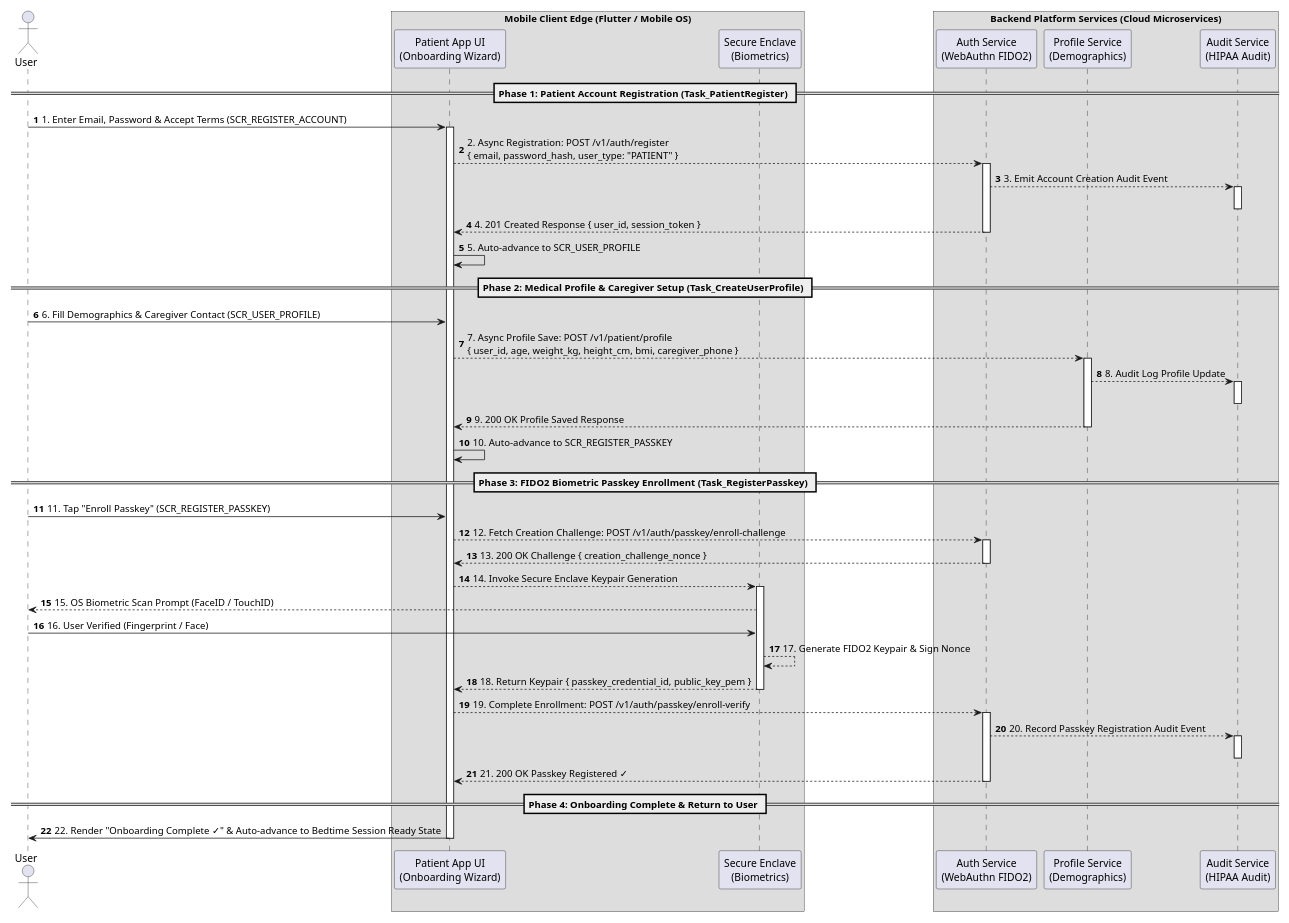
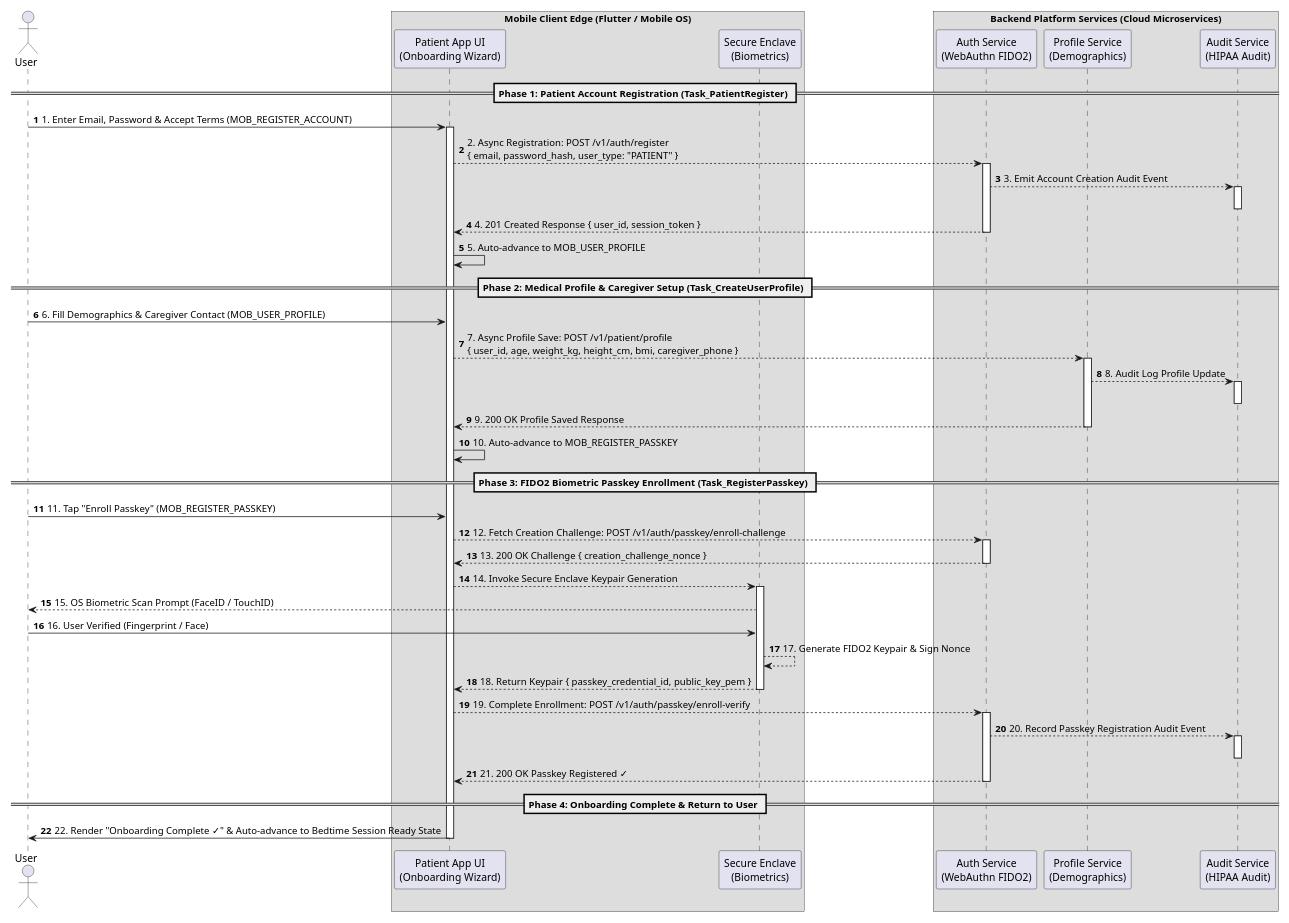
The sixth of 10 diagrams in _bmad-output/architecture/ARCHITECTURE-SPINE.md (reidlai/masker-app), drawn with PlantUML before and after one commit. The commit also changed other lines of this file and 1 other file, not shown here.

Commit message:
docs(architecture): add complete sequence diagrams, C4 component traceability, and mathematical algorithm specs

````diff
--- a/_bmad-output/architecture/ARCHITECTURE-SPINE.md
+++ b/_bmad-output/architecture/ARCHITECTURE-SPINE.md
@@ -427,67 +656,67 @@
 ```plantuml
 @startuml Patient_Onboarding_Journey_Sequence_Diagram
 autonumber
 scale 0.7
 
 actor "User" as User
 box "Mobile Client Edge (Flutter / Mobile OS)"
 participant "Patient App UI\n(Onboarding Wizard)" as UI
 participant "Secure Enclave\n(Biometrics)" as Enclave
 end box
 
 box "Backend Platform Services (Cloud Microservices)"
 participant "Auth Service\n(WebAuthn FIDO2)" as AuthSvc
 participant "Profile Service\n(Demographics)" as ProfileSvc
 participant "Audit Service\n(HIPAA Audit)" as AuditSvc
 end box
 
 == Phase 1: Patient Account Registration (Task_PatientRegister) ==
-User -> UI: 1. Enter Email, Password & Accept Terms (SCR_REGISTER_ACCOUNT)
+User -> UI: 1. Enter Email, Password & Accept Terms (MOB_REGISTER_ACCOUNT)
 activate UI
 UI --> AuthSvc: 2. Async Registration: POST /v1/auth/register\n{ email, password_hash, user_type: "PATIENT" }
 activate AuthSvc
 AuthSvc --> AuditSvc: 3. Emit Account Creation Audit Event
 activate AuditSvc
 deactivate AuditSvc
 AuthSvc --> UI: 4. 201 Created Response { user_id, session_token }
 deactivate AuthSvc
-UI -> UI: 5. Auto-advance to SCR_USER_PROFILE
+UI -> UI: 5. Auto-advance to MOB_USER_PROFILE
 
 == Phase 2: Medical Profile & Caregiver Setup (Task_CreateUserProfile) ==
-User -> UI: 6. Fill Demographics & Caregiver Contact (SCR_USER_PROFILE)
+User -> UI: 6. Fill Demographics & Caregiver Contact (MOB_USER_PROFILE)
 UI --> ProfileSvc: 7. Async Profile Save: POST /v1/patient/profile\n{ user_id, age, weight_kg, height_cm, bmi, caregiver_phone }
 activate ProfileSvc
 ProfileSvc --> AuditSvc: 8. Audit Log Profile Update
 activate AuditSvc
 deactivate AuditSvc
 ProfileSvc --> UI: 9. 200 OK Profile Saved Response
 deactivate ProfileSvc
-UI -> UI: 10. Auto-advance to SCR_REGISTER_PASSKEY
+UI -> UI: 10. Auto-advance to MOB_REGISTER_PASSKEY
 
 == Phase 3: FIDO2 Biometric Passkey Enrollment (Task_RegisterPasskey) ==
-User -> UI: 11. Tap "Enroll Passkey" (SCR_REGISTER_PASSKEY)
+User -> UI: 11. Tap "Enroll Passkey" (MOB_REGISTER_PASSKEY)
 UI --> AuthSvc: 12. Fetch Creation Challenge: POST /v1/auth/passkey/enroll-challenge
 activate AuthSvc
 AuthSvc --> UI: 13. 200 OK Challenge { creation_challenge_nonce }
 deactivate AuthSvc
 UI --> Enclave: 14. Invoke Secure Enclave Keypair Generation
 activate Enclave
 Enclave --> User: 15. OS Biometric Scan Prompt (FaceID / TouchID)
 User -> Enclave: 16. User Verified (Fingerprint / Face)
 Enclave --> Enclave: 17. Generate FIDO2 Keypair & Sign Nonce
 Enclave --> UI: 18. Return Keypair { passkey_credential_id, public_key_pem }
 deactivate Enclave
 UI --> AuthSvc: 19. Complete Enrollment: POST /v1/auth/passkey/enroll-verify
 activate AuthSvc
 AuthSvc --> AuditSvc: 20. Record Passkey Registration Audit Event
 activate AuditSvc
 deactivate AuditSvc
 AuthSvc --> UI: 21. 200 OK Passkey Registered ✓
 deactivate AuthSvc
 
 == Phase 4: Onboarding Complete & Return to User ==
 UI -> User: 22. Render "Onboarding Complete ✓" & Auto-advance to Bedtime Session Ready State
 deactivate UI
 
 @enduml
 ```
````
